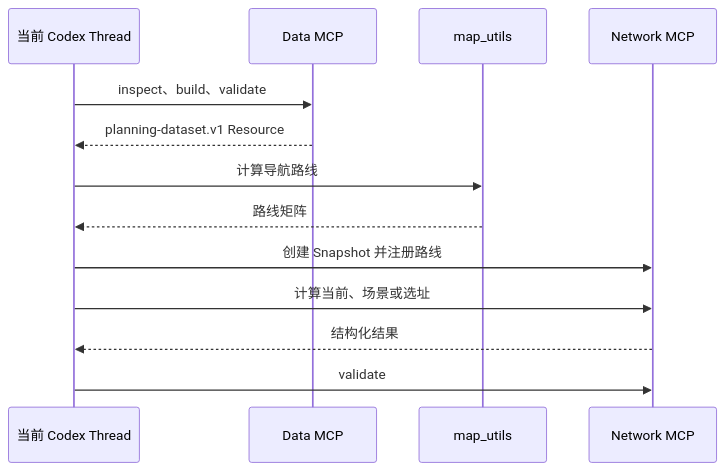
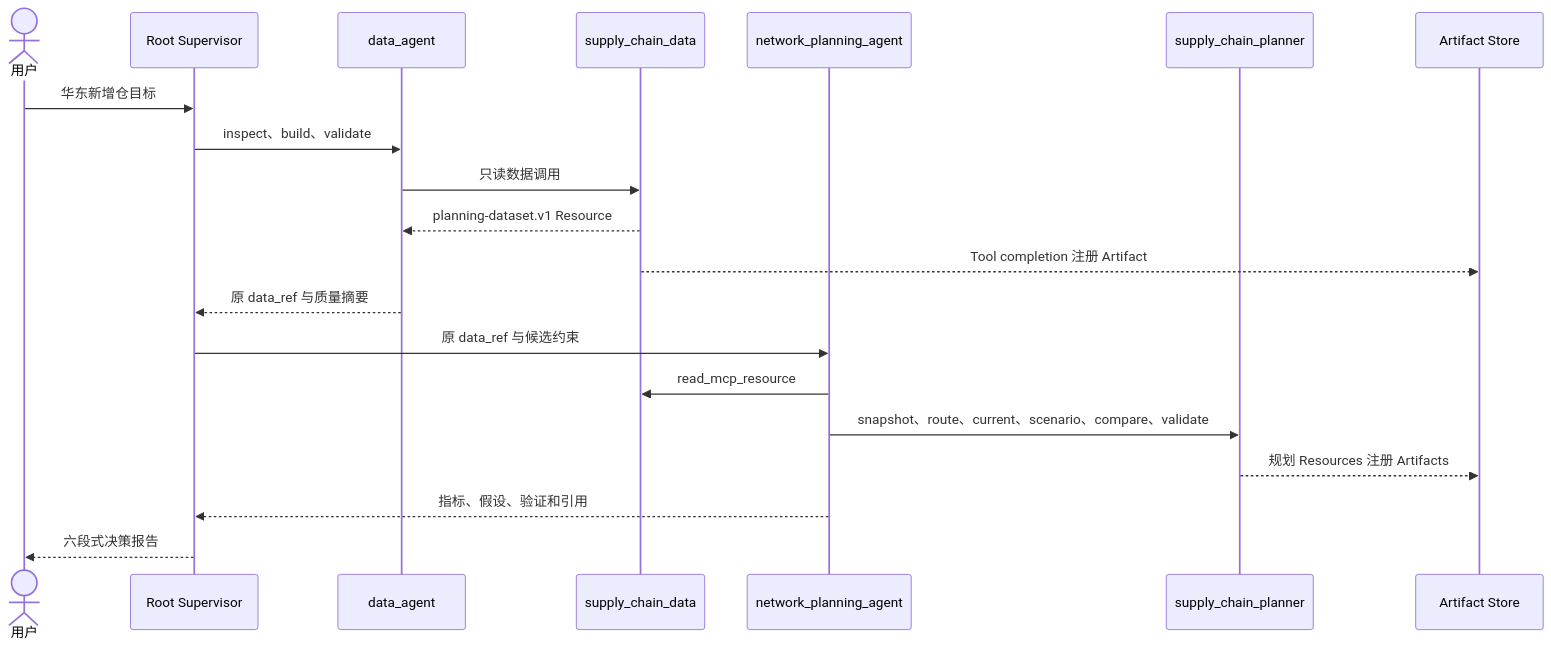
The second of 2 diagrams in docs/tutorials/supply-chain-agent-tutorial.md (JO-WTF/open-web-codex), drawn with Mermaid before and after one commit. The commit also changed other lines of this file and 100 other files, not shown here.

````diff
--- a/docs/tutorials/supply-chain-agent-tutorial.md
+++ b/docs/tutorials/supply-chain-agent-tutorial.md
@@ -506,16 +603,23 @@
 ```mermaid
 sequenceDiagram
-    participant C as 当前 Codex Thread
-    participant D as Data MCP
-    participant M as map_utils
-    participant N as Network MCP
+    actor U as 用户
+    participant R as Root Supervisor
+    participant D as data_agent
+    participant DM as supply_chain_data
+    participant N as network_planning_agent
+    participant NM as supply_chain_planner
+    participant A as Artifact Store
 
-    C->>D: inspect、build、validate
-    D-->>C: planning-dataset.v1 Resource
-    C->>M: 计算导航路线
-    M-->>C: 路线矩阵
-    C->>N: 创建 Snapshot 并注册路线
-    C->>N: 计算当前、场景或选址
-    N-->>C: 结构化结果
-    C->>N: validate
+    U->>R: 华东新增仓目标
+    R->>D: inspect、build、validate
+    D->>DM: 只读数据调用
+    DM-->>D: planning-dataset.v1 Resource
+    DM-->>A: Tool completion 注册 Artifact
+    D-->>R: 原 data_ref 与质量摘要
+    R->>N: 原 data_ref 与候选约束
+    N->>DM: read_mcp_resource
+    N->>NM: snapshot、route、current、scenario、compare、validate
+    NM-->>A: 规划 Resources 注册 Artifacts
+    N-->>R: 指标、假设、验证和引用
+    R-->>U: 六段式决策报告
 ```
````
